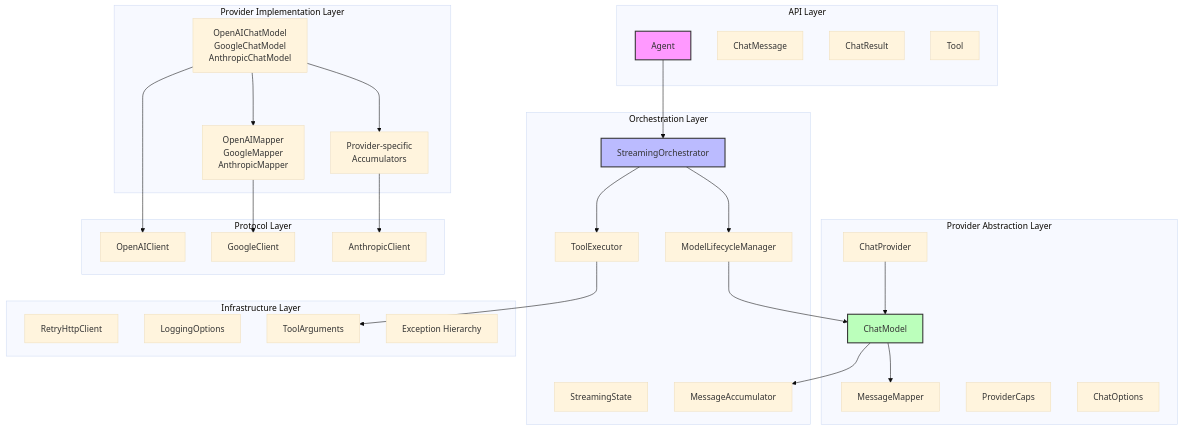
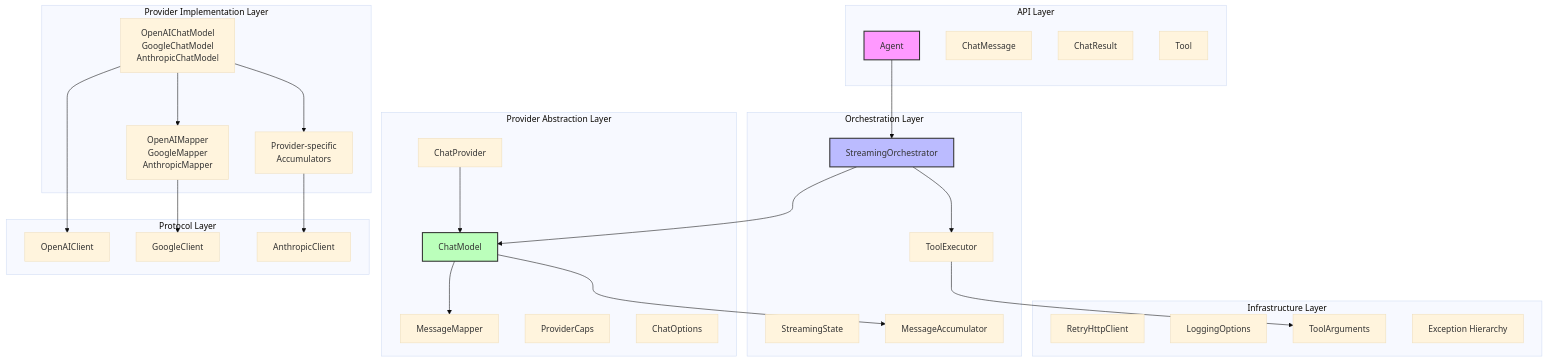
One commit to csells/langchain_dart changed the diagram in packages/langchain_compat/specs/ARCHITECTURE_OVERVIEW.md. Above: the diagram before and after it, drawn with Mermaid (base theme). The commit also changed other lines of this file and 12 other files, not shown here.

Commit message:
Removed ModelLifecycleManager by directly handling model creation and disposal within the Agent class.

````diff
--- a/packages/langchain_compat/specs/ARCHITECTURE_OVERVIEW.md
+++ b/packages/langchain_compat/specs/ARCHITECTURE_OVERVIEW.md
@@ -173,62 +171,60 @@
 ```mermaid
 graph TB
     subgraph "API Layer"
         A1[Agent]
         A2[ChatMessage]
         A3[ChatResult]
         A4[Tool]
     end
     
     subgraph "Orchestration Layer"
         O1[StreamingOrchestrator]
         O2[ToolExecutor]
         O3[StreamingState]
-        O4[ModelLifecycleManager]
-        O5[MessageAccumulator]
+        O4[MessageAccumulator]
     end
     
     subgraph "Provider Abstraction Layer"
         P1[ChatProvider]
         P2[ChatModel]
         P3[MessageMapper]
         P4[ProviderCaps]
         P5[ChatOptions]
     end
     
     subgraph "Provider Implementation Layer"
         I1[OpenAIChatModel<br/>GoogleChatModel<br/>AnthropicChatModel]
         I2[OpenAIMapper<br/>GoogleMapper<br/>AnthropicMapper]
         I3[Provider-specific<br/>Accumulators]
     end
     
     subgraph "Infrastructure Layer"
         F1[RetryHttpClient]
         F2[LoggingOptions]
         F3[ToolArguments]
         F4[Exception Hierarchy]
     end
     
     subgraph "Protocol Layer"
         PR1[OpenAIClient]
         PR2[GoogleClient]
         PR3[AnthropicClient]
     end
     
     A1 --> O1
-    O1 --> O4
     O1 --> O2
-    O4 --> P2
+    O1 --> P2
     O2 --> F3
     P1 --> P2
     P2 --> P3
-    P2 --> O5
+    P2 --> O4
     I1 --> I2
     I1 --> I3
     I1 --> PR1
     I2 --> PR2
     I3 --> PR3
     
     style A1 fill:#f9f,stroke:#333,stroke-width:2px
     style O1 fill:#bbf,stroke:#333,stroke-width:2px
     style P2 fill:#bfb,stroke:#333,stroke-width:2px
 ```
````
